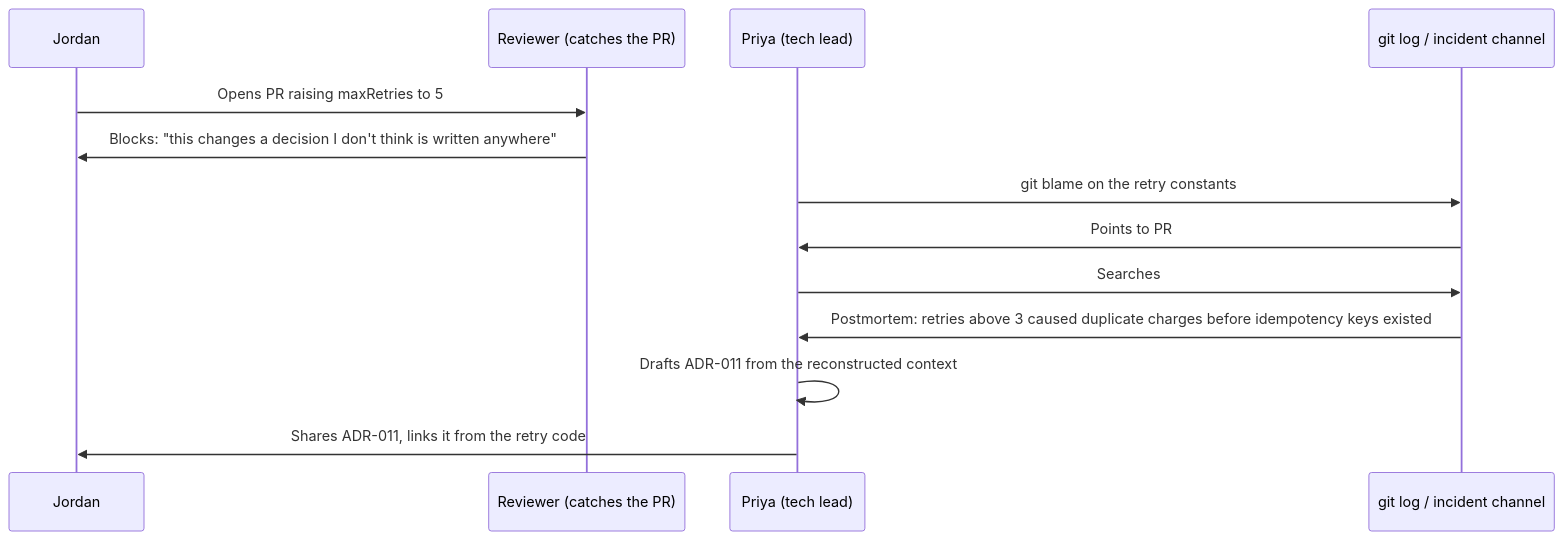
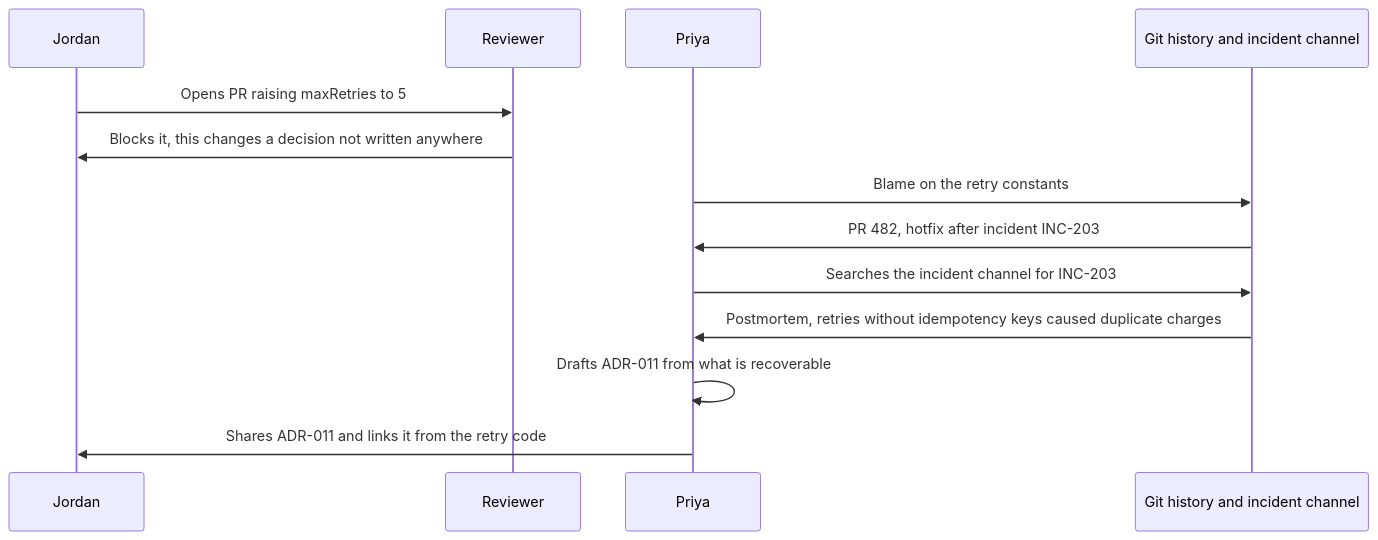
One commit to francoandreDev/knowledge changed the diagram in src/content/git-teamwork/documentation-culture/L3-deep-dive.mdx. Above: the diagram before and after it, drawn with Mermaid. The commit also changed other lines of this file and 3 other files, not shown here.

````diff
--- a/src/content/git-teamwork/documentation-culture/L3-deep-dive.mdx
+++ b/src/content/git-teamwork/documentation-culture/L3-deep-dive.mdx
@@ -48,15 +50,15 @@
 ```mermaid
 sequenceDiagram
     participant J as Jordan
-    participant Rev as Reviewer (catches the PR)
-    participant P as Priya (tech lead)
-    participant G as git log / incident channel
-    J->>Rev: Opens PR raising maxRetries to 5
-    Rev->>J: Blocks: "this changes a decision I don't think is written anywhere"
-    P->>G: git blame on the retry constants
-    G->>P: Points to PR #482, "fix: cap retries after incident INC-203"
-    P->>G: Searches #incidents for INC-203
-    G->>P: Postmortem: retries above 3 caused duplicate charges before idempotency keys existed
-    P->>P: Drafts ADR-011 from the reconstructed context
-    P->>J: Shares ADR-011, links it from the retry code
+    participant R as Reviewer
+    participant P as Priya
+    participant G as Git history and incident channel
+    J->>R: Opens PR raising maxRetries to 5
+    R->>J: Blocks it, this changes a decision not written anywhere
+    P->>G: Blame on the retry constants
+    G->>P: PR 482, hotfix after incident INC-203
+    P->>G: Searches the incident channel for INC-203
+    G->>P: Postmortem, retries without idempotency keys caused duplicate charges
+    P->>P: Drafts ADR-011 from what is recoverable
+    P->>J: Shares ADR-011 and links it from the retry code
 ```
````
